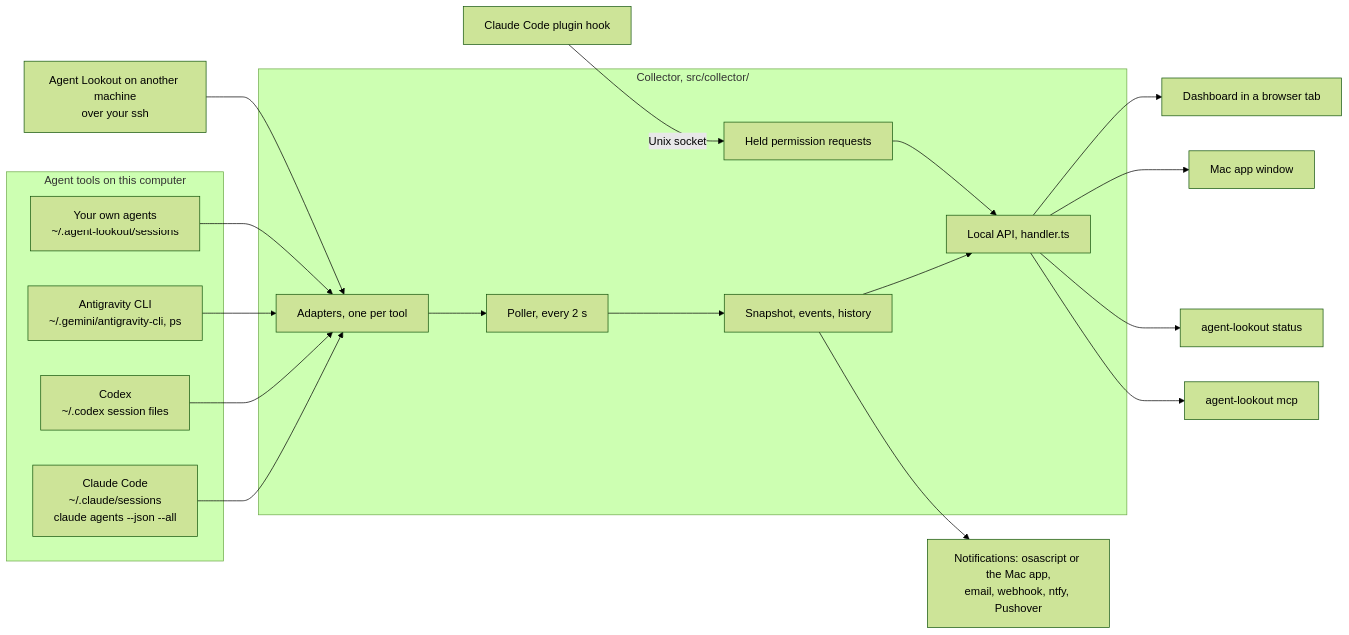
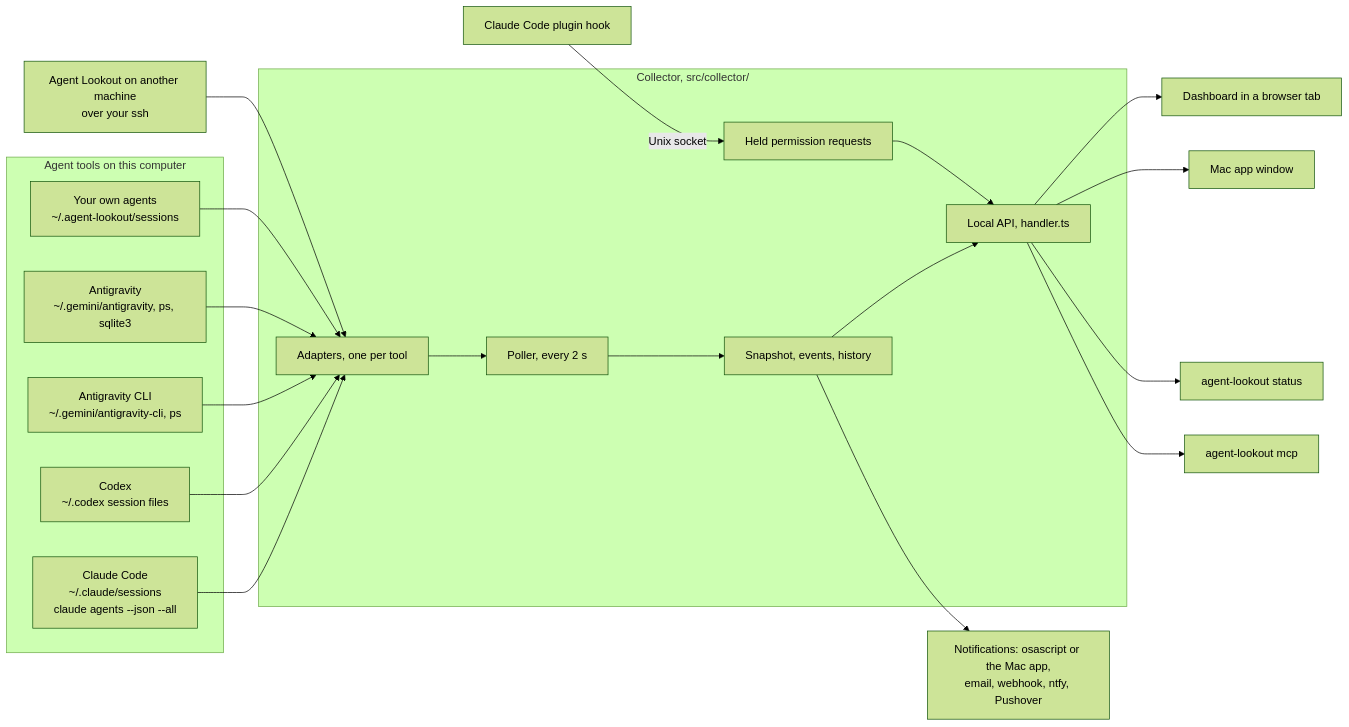
The first of 4 diagrams in docs/TOUR.md (Olanetsoft/agent-lookout), drawn with Mermaid (forest theme) before and after one commit. The commit also changed other lines of this file and 76 other files, not shown here.

````diff
--- a/docs/TOUR.md
+++ b/docs/TOUR.md
@@ -29,31 +29,33 @@
 ```mermaid
 flowchart LR
   subgraph tools["Agent tools on this computer"]
     cc["Claude Code<br/>~/.claude/sessions<br/>claude agents --json --all"]
     cx["Codex<br/>~/.codex session files"]
     ag["Antigravity CLI<br/>~/.gemini/antigravity-cli, ps"]
+    aa["Antigravity<br/>~/.gemini/antigravity, ps, sqlite3"]
     sf["Your own agents<br/>~/.agent-lookout/sessions"]
   end
   remote["Agent Lookout on another machine<br/>over your ssh"]
   plugin["Claude Code plugin hook"]
   subgraph collector["Collector, src/collector/"]
     adapters["Adapters, one per tool"]
     poller["Poller, every 2 s"]
     snap["Snapshot, events, history"]
     api["Local API, handler.ts"]
     held["Held permission requests"]
   end
   cc --> adapters
   cx --> adapters
   ag --> adapters
+  aa --> adapters
   sf --> adapters
   remote --> adapters
   plugin -->|"Unix socket"| held
   adapters --> poller --> snap --> api
   held --> api
   api --> page["Dashboard in a browser tab"]
   api --> mac["Mac app window"]
   api --> status["agent-lookout status"]
   api --> mcp["agent-lookout mcp"]
   snap --> channels["Notifications: osascript or the Mac app,<br/>email, webhook, ntfy, Pushover"]
 ```
````
